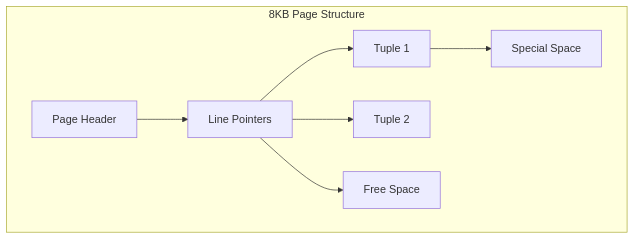
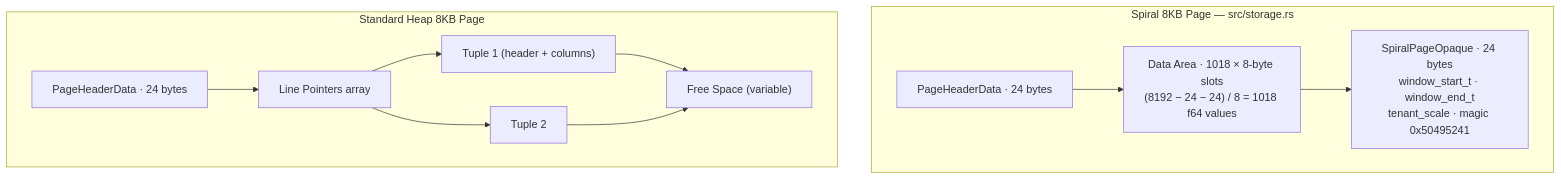
One commit to jonatas/ideia.me changed the first of 2 diagrams in _posts/2026-05-30-spiral-intro.md. Above: the diagram before and after it, drawn with Mermaid. The commit also changed other lines of this file, not shown here.

First line of the commit message:
feat(spiral-intro): major content and UX improvements for presentation

```diff
--- a/_posts/2026-05-30-spiral-intro.md
+++ b/_posts/2026-05-30-spiral-intro.md
@@ -421,10 +436,16 @@
 {% mermaid %}
 graph TD
-    subgraph "8KB Page Structure"
-    H[Page Header] --> L[Line Pointers]
-    L --> T1[Tuple 1]
-    L --> T2[Tuple 2]
-    L --> FS[Free Space]
-    T1 --> ST[Special Space]
+    subgraph "Spiral 8KB Page — src/storage.rs"
+    H["PageHeaderData · 24 bytes"] --> DA
+    DA["Data Area · 1018 × 8-byte slots<br/>(8192 − 24 − 24) / 8 = 1018 f64 values"] --> OP
+    OP["SpiralPageOpaque · 24 bytes<br/>window_start_t · window_end_t<br/>tenant_scale · magic 0x50495241"]
+    end
+    subgraph "Standard Heap 8KB Page"
+    PH["PageHeaderData · 24 bytes"] --> LP
+    LP["Line Pointers array"] --> T1
+    LP --> T2
+    T1["Tuple 1 (header + columns)"] --> FS
+    T2["Tuple 2"] --> FS
+    FS["Free Space (variable)"]
     end
 {% endmermaid %}
```
